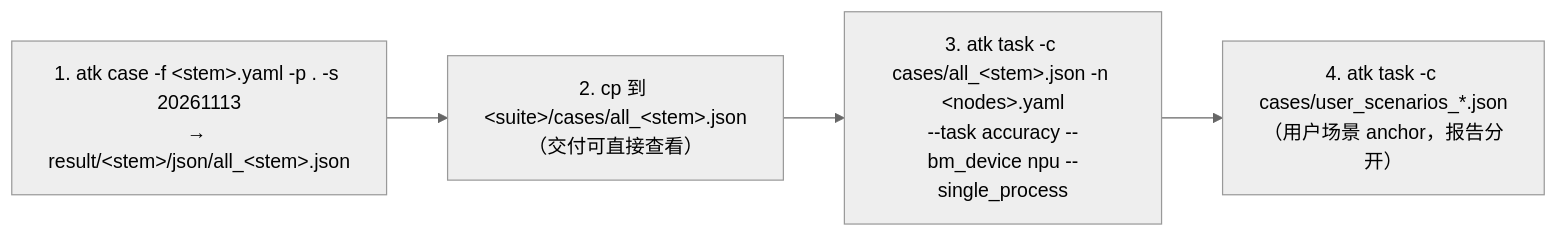
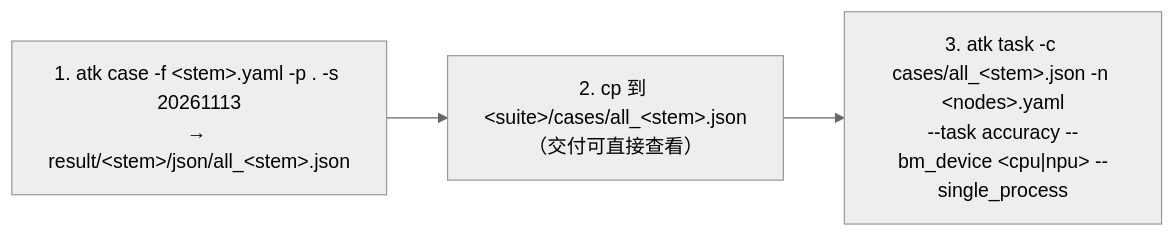
One commit to defeng2008/flash-attention-npu changed the second of 2 diagrams in docs/test/README.md. Above: the diagram before and after it, drawn with Mermaid (neutral theme). The commit also changed other lines of this file and 37 other files, not shown here.

Commit message:
fix(atk): double_benchmark 标杆改为同机 CPU fp16/fp32 双标杆

````diff
--- a/docs/test/README.md
+++ b/docs/test/README.md
@@ -163,6 +157,5 @@
 ```mermaid
 flowchart LR
   S1["1. atk case -f &lt;stem&gt;.yaml -p . -s 20261113<br/>→ result/&lt;stem&gt;/json/all_&lt;stem&gt;.json"] --> S2["2. cp 到 &lt;suite&gt;/cases/all_&lt;stem&gt;.json<br/>（交付可直接查看）"]
-  S2 --> S3["3. atk task -c cases/all_&lt;stem&gt;.json -n &lt;nodes&gt;.yaml<br/>--task accuracy --bm_device npu --single_process"]
-  S3 --> S4["4. atk task -c cases/user_scenarios_*.json<br/>（用户场景 anchor，报告分开）"]
+  S2 --> S3["3. atk task -c cases/all_&lt;stem&gt;.json -n &lt;nodes&gt;.yaml<br/>--task accuracy --bm_device &lt;cpu|npu&gt; --single_process"]
 ```
````
